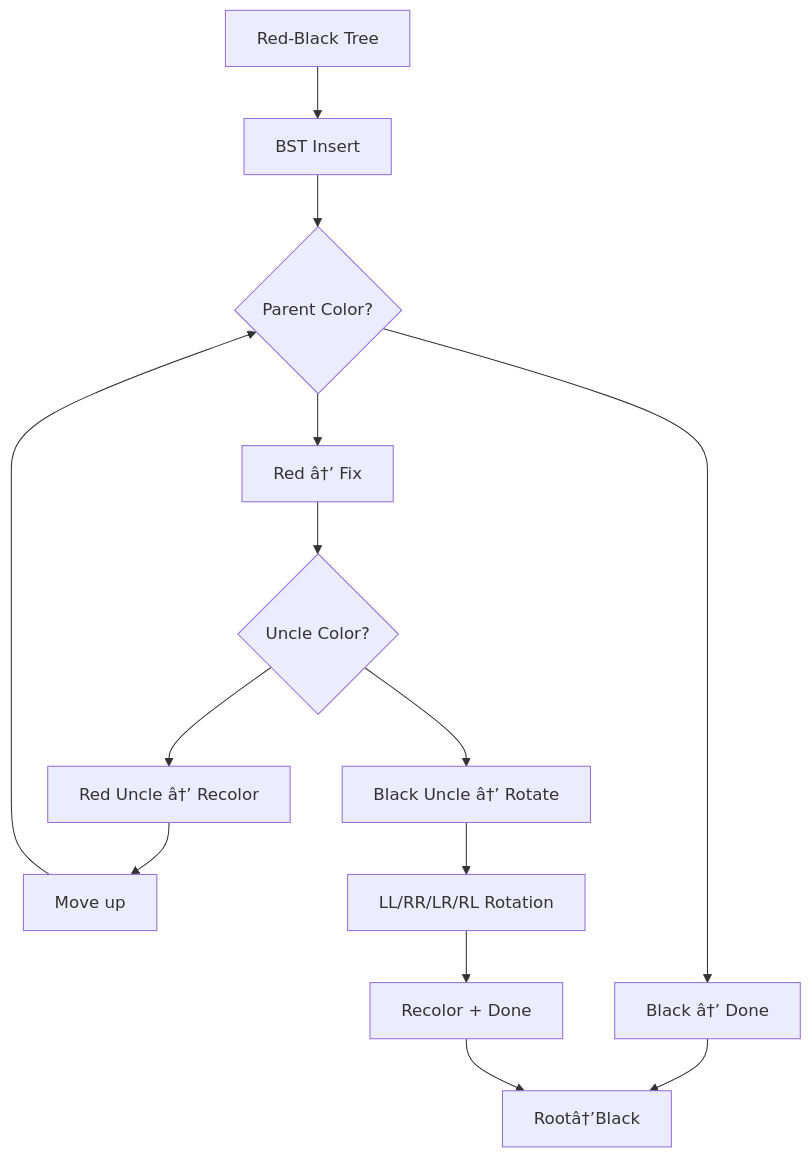
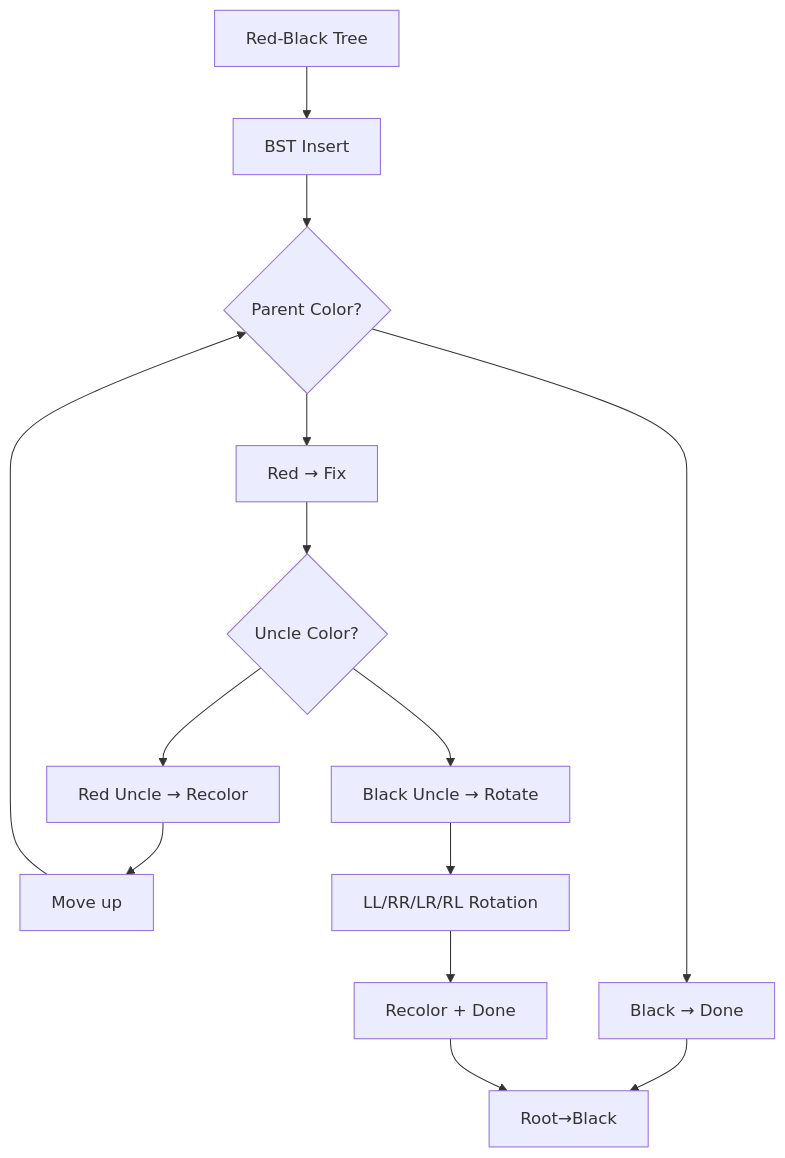
One commit to Raushan666java/ai-engineering-journey changed the diagram in docs/courses/data-structures/14-red-black.md. Above: the diagram before and after it, drawn with Mermaid. The commit also changed other lines of this file and 965 other files, not shown here.

````diff
--- a/docs/courses/data-structures/14-red-black.md
+++ b/docs/courses/data-structures/14-red-black.md
@@ -59,16 +59,16 @@
 ```mermaid
 flowchart TD
     A[Red-Black Tree] --> B[BST Insert]
     B --> C{Parent Color?}
-    C --> D[Black â†’ Done]
-    C --> E[Red â†’ Fix]
+    C --> D[Black → Done]
+    C --> E[Red → Fix]
     E --> F{Uncle Color?}
-    F --> G[Red Uncle â†’ Recolor]
-    F --> H[Black Uncle â†’ Rotate]
+    F --> G[Red Uncle → Recolor]
+    F --> H[Black Uncle → Rotate]
     G --> I[Move up]
     I --> C
     H --> J[LL/RR/LR/RL Rotation]
     J --> K[Recolor + Done]
-    D --> L[Rootâ†’Black]
+    D --> L[Root→Black]
     K --> L
 ```
````
